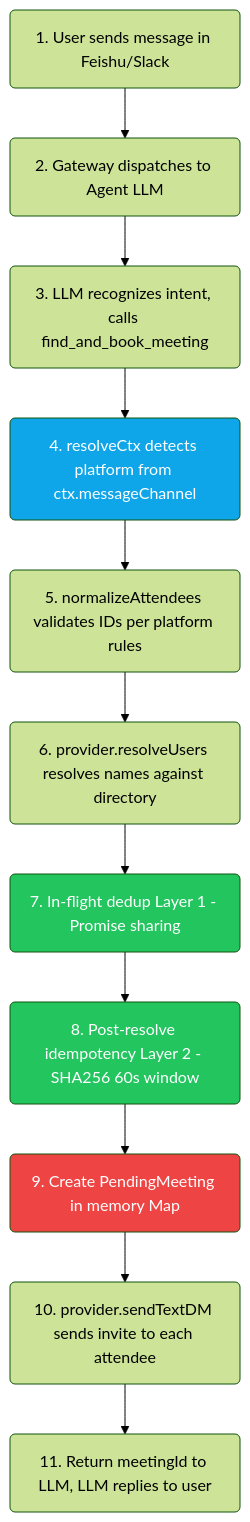
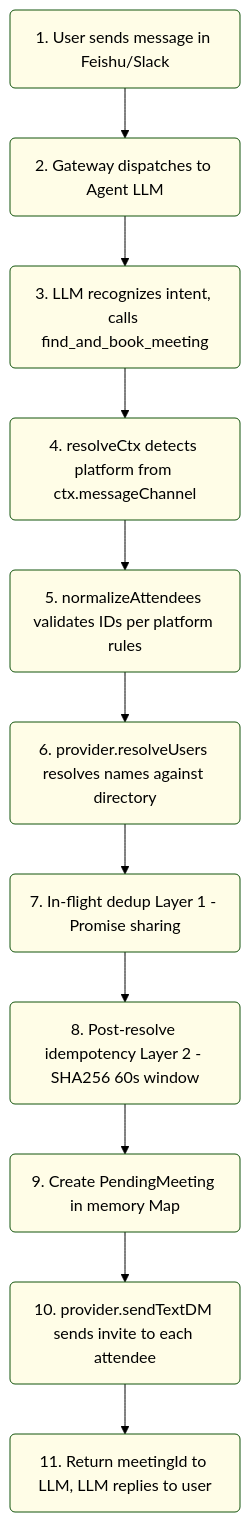
Before and after one commit to javana3/claw_meeting_all: the third of 13 diagrams in README.md, drawn with Mermaid (forest theme). The commit also changed other lines of this file, not shown here.

Commit message:
Replace all mermaid diagram colors with light yellow (#fffde7)

````diff
--- a/README.md
+++ b/README.md
@@ -89,18 +103,25 @@
 ```mermaid
 graph TD
     A(1. User sends message in Feishu/Slack) --> B(2. Gateway dispatches to Agent LLM)
     B --> C(3. LLM recognizes intent, calls find_and_book_meeting)
     C --> D(4. resolveCtx detects platform from ctx.messageChannel)
     D --> E(5. normalizeAttendees validates IDs per platform rules)
     E --> F(6. provider.resolveUsers resolves names against directory)
     F --> G(7. In-flight dedup Layer 1 - Promise sharing)
     G --> H(8. Post-resolve idempotency Layer 2 - SHA256 60s window)
     H --> I(9. Create PendingMeeting in memory Map)
     I --> J(10. provider.sendTextDM sends invite to each attendee)
     J --> K(11. Return meetingId to LLM, LLM replies to user)
 
-    style D fill:#0ea5e9,color:#fff
-    style G fill:#22c55e,color:#fff
-    style H fill:#22c55e,color:#fff
-    style I fill:#ef4444,color:#fff
+    style D fill:#fffde7,color:#000
+    style G fill:#fffde7,color:#000
+    style H fill:#fffde7,color:#000
+    style I fill:#fffde7,color:#000
+    style A fill:#fffde7,color:#000
+    style B fill:#fffde7,color:#000
+    style C fill:#fffde7,color:#000
+    style E fill:#fffde7,color:#000
+    style F fill:#fffde7,color:#000
+    style J fill:#fffde7,color:#000
+    style K fill:#fffde7,color:#000
 ```
````
